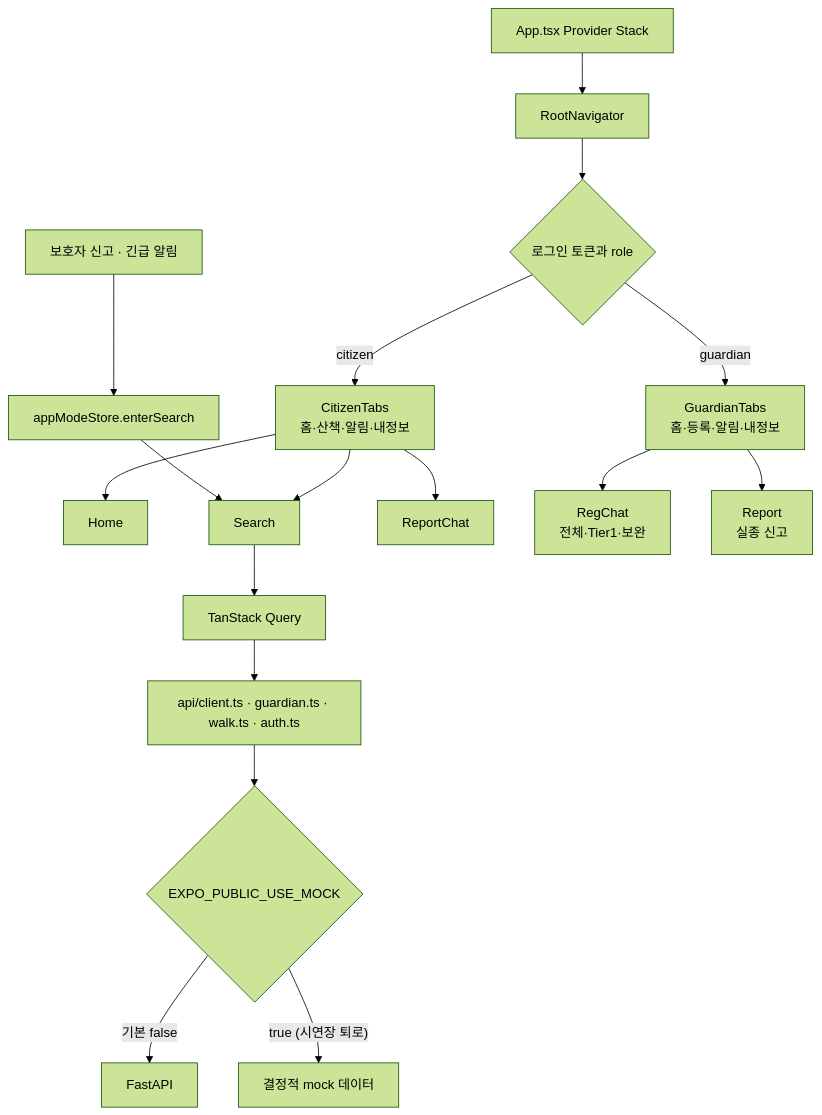
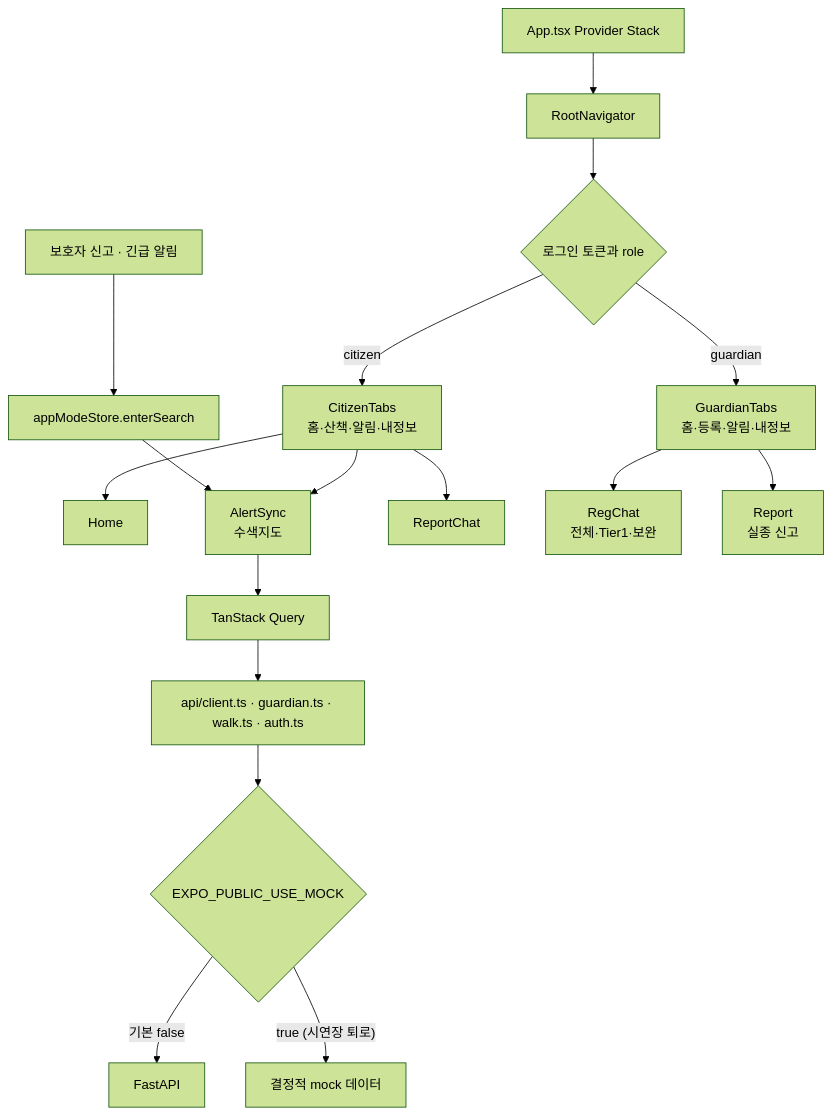
Before and after one commit to Donghaeng-AI-ROOKIE/Come-back-home: diagram 11 of 12 in docs/IMPLEMENTATION_ARCHITECTURE.md, drawn with Mermaid (forest theme). The commit also changed 4 other files, not shown here.

````diff
--- a/docs/IMPLEMENTATION_ARCHITECTURE.md
+++ b/docs/IMPLEMENTATION_ARCHITECTURE.md
@@ -685,19 +685,19 @@
 ```mermaid
 flowchart TD
     APP["App.tsx Provider Stack"] --> ROOT["RootNavigator"]
     ROOT --> AUTH{"로그인 토큰과 role"}
     AUTH -- "citizen" --> CT["CitizenTabs<br/>홈·산책·알림·내정보"]
     AUTH -- "guardian" --> GT["GuardianTabs<br/>홈·등록·알림·내정보"]
     CT --> HOME["Home"]
-    CT --> SEARCH["Search"]
+    CT --> SEARCH["AlertSync<br/>수색지도"]
     CT --> TIP["ReportChat"]
     GT --> REG["RegChat<br/>전체·Tier1·보완"]
     GT --> REPORT["Report<br/>실종 신고"]
     ALERT["보호자 신고 · 긴급 알림"] --> MODE["appModeStore.enterSearch"]
     MODE --> SEARCH
     SEARCH --> QUERY["TanStack Query"]
     QUERY --> CLIENT["api/client.ts · guardian.ts · walk.ts · auth.ts"]
     CLIENT --> MOCK{"EXPO_PUBLIC_USE_MOCK"}
     MOCK -- "기본 false" --> API["FastAPI"]
     MOCK -- "true (시연장 퇴로)" --> DATA["결정적 mock 데이터"]
 ```
````
